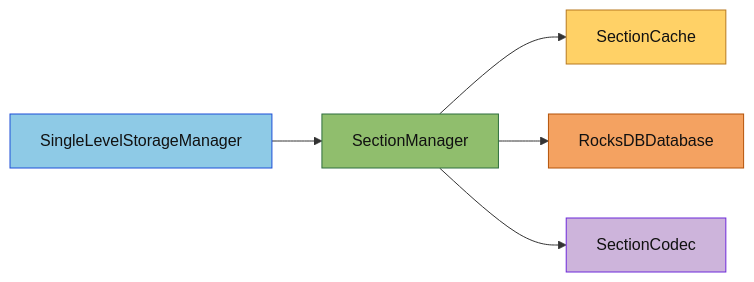
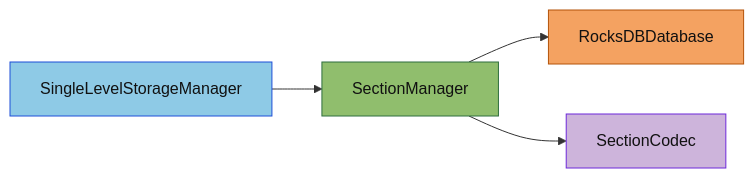
Before and after one commit to g122622/Cubium: the diagram in src/server/world/storage/section/README.md, drawn with Mermaid. The commit also changed other lines of this file and 31 other files, not shown here.

````diff
--- a/src/server/world/storage/section/README.md
+++ b/src/server/world/storage/section/README.md
@@ -24,13 +26,11 @@
 ```mermaid
 flowchart LR
     A[SingleLevelStorageManager] --> B[SectionManager]
-    B --> C[SectionCache]
     B --> D[RocksDBDatabase]
     B --> E[SectionCodec]
 
     style A fill:#8ecae6,stroke:#1d4ed8,color:#111
     style B fill:#90be6d,stroke:#2f6f3e,color:#111
-    style C fill:#ffd166,stroke:#b7791f,color:#111
     style D fill:#f4a261,stroke:#b45309,color:#111
     style E fill:#cdb4db,stroke:#6d28d9,color:#111
 ```
````
